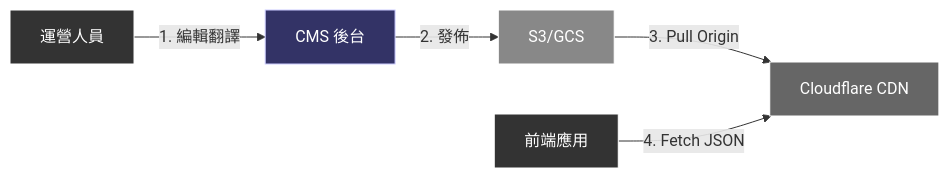
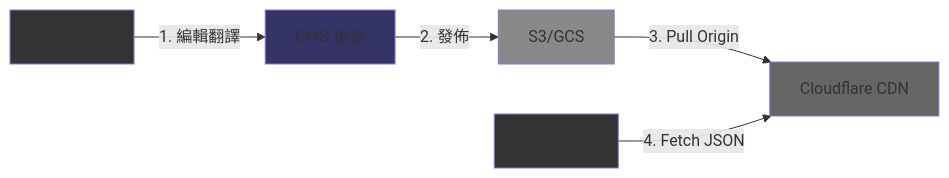
The diagram in docs/iGaming/08_Frontend_CMS/01-localization/README.md (ron03wlb/smart-admin), drawn with Mermaid before and after one commit. The commit also changed 16 other files, not shown here.

First line of the commit message:
fix(mermaid): Phase 6 - fix Type D comma-separated style properties

````diff
--- a/docs/iGaming/08_Frontend_CMS/01-localization/README.md
+++ b/docs/iGaming/08_Frontend_CMS/01-localization/README.md
@@ -181,13 +181,13 @@
 ```mermaid
 flowchart LR
     A[運營人員] -->|1. 編輯翻譯| B[CMS 後台]
     B -->|2. 發佈| C[S3/GCS]
     C -->|3. Pull Origin| D[Cloudflare CDN]
     E[前端應用] -->|4. Fetch JSON| D
 
-    style A fill:#333,stroke:#fff,color:#fff
-    style B fill:#333366,stroke:#ccccff,color:#fff
-    style C fill:#888888,stroke:#ffffff,color:#fff
-    style D fill:#666666,stroke:#ffffff,color:#fff
-    style E fill:#333,stroke:#fff,color:#fff
+    style A fill:#333
+    style B fill:#333366
+    style C fill:#888888
+    style D fill:#666666
+    style E fill:#333
 ```
````
